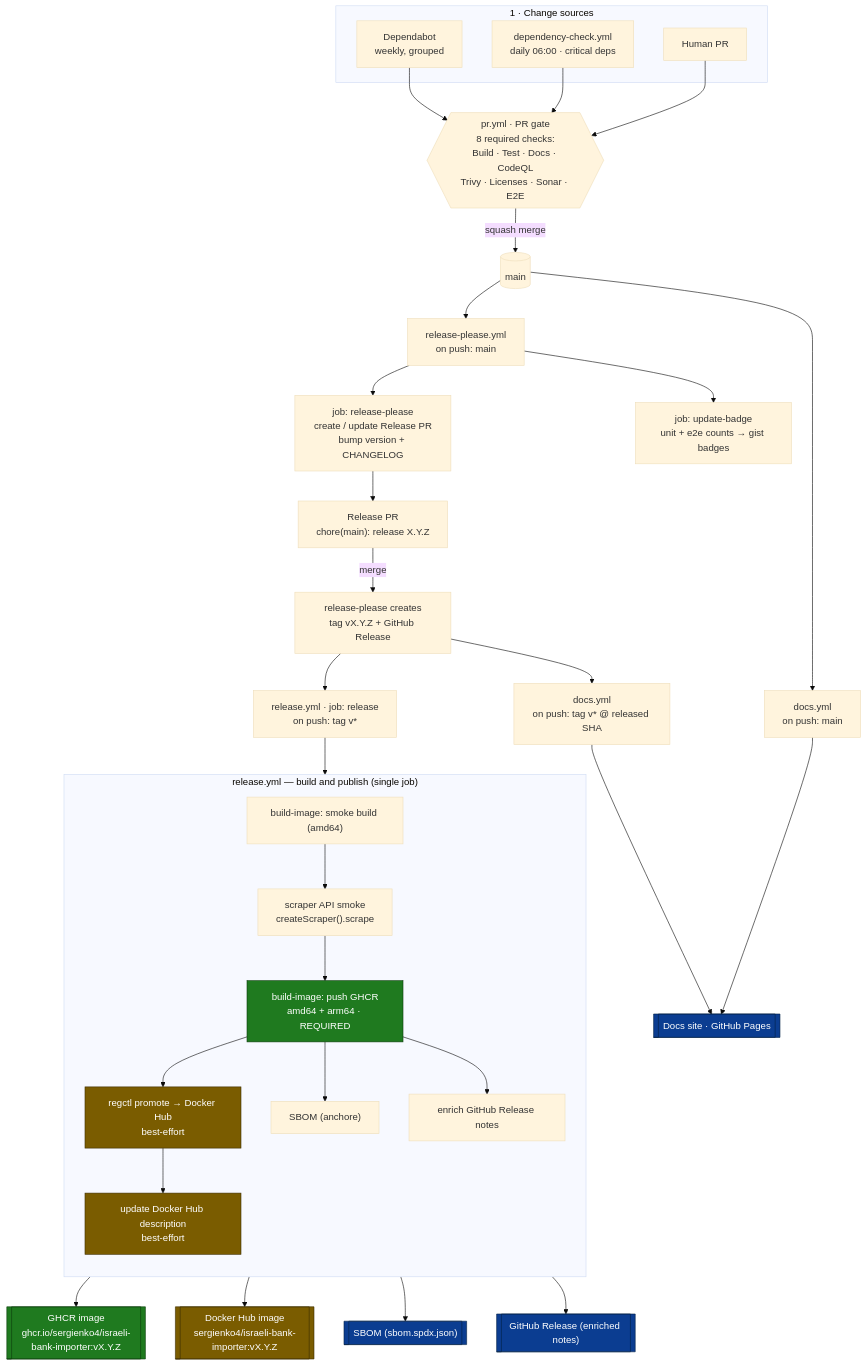
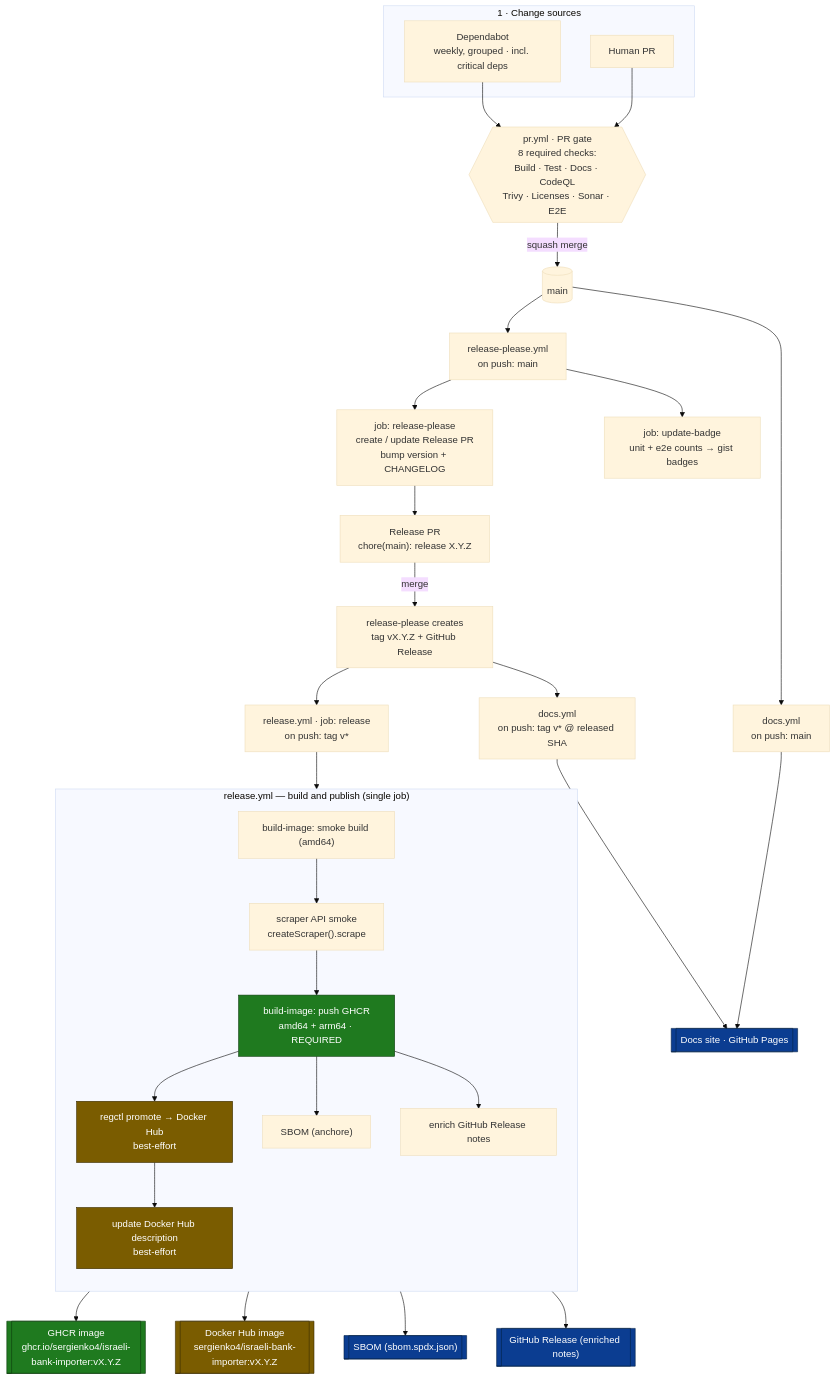
The first of 2 diagrams in docs/architecture/release-pipeline.md (sergienko4/israeli-bank-scrapers-to-actual-budget), drawn with Mermaid (base theme) before and after one commit. The commit also changed other lines of this file and 12 other files, not shown here.

First line of the commit message:
fix(deps): consolidate dependency updates (#518)

````diff
--- a/docs/architecture/release-pipeline.md
+++ b/docs/architecture/release-pipeline.md
@@ -20,56 +20,54 @@
 ```mermaid
 flowchart TD
     %% ---------- 1 · change sources ----------
     subgraph S1["1 · Change sources"]
-      DB["Dependabot<br/>weekly, grouped"]
-      DC["dependency-check.yml<br/>daily 06:00 · critical deps"]
+      DB["Dependabot<br/>weekly, grouped · incl. critical deps"]
       HUM["Human PR"]
     end
 
     %% ---------- 2 · PR gate ----------
     PR{{"pr.yml · PR gate<br/>8 required checks:<br/>Build · Test · Docs · CodeQL<br/>Trivy · Licenses · Sonar · E2E"}}
     DB --> PR
-    DC --> PR
     HUM --> PR
     PR -->|squash merge| MAIN[("main")]
 
     %% ---------- 3 · on push to main ----------
     MAIN --> RP["release-please.yml<br/>on push: main"]
     MAIN --> DOCS1["docs.yml<br/>on push: main"]
     RP --> RPJOB["job: release-please<br/>create / update Release PR<br/>bump version + CHANGELOG"]
     RP --> BADGE["job: update-badge<br/>unit + e2e counts → gist badges"]
 
     %% ---------- 4 · cut the release ----------
     RPJOB --> RELPR["Release PR<br/>chore(main): release X.Y.Z"]
     RELPR -->|merge| TAG["release-please creates<br/>tag vX.Y.Z + GitHub Release"]
 
     %% ---------- 5 · tag-triggered deploy ----------
     TAG --> REL["release.yml · job: release<br/>on push: tag v*"]
     TAG --> DOCS2["docs.yml<br/>on push: tag v* @ released SHA"]
 
     subgraph S5["release.yml — build and publish (single job)"]
       direction TB
       B1["build-image: smoke build (amd64)"] --> B2["scraper API smoke<br/>createScraper().scrape"]
       B2 --> B3["build-image: push GHCR<br/>amd64 + arm64 · REQUIRED"]
       B3 --> B4["regctl promote → Docker Hub<br/>best-effort"]
       B3 --> B5["SBOM (anchore)"]
       B3 --> B6["enrich GitHub Release notes"]
       B4 --> B7["update Docker Hub description<br/>best-effort"]
     end
     REL --> B1
 
     %% ---------- 6 · outputs ----------
     B3 --> O1[["GHCR image<br/>ghcr.io/sergienko4/israeli-bank-importer:vX.Y.Z"]]
     B4 --> O2[["Docker Hub image<br/>sergienko4/israeli-bank-importer:vX.Y.Z"]]
     B5 --> O3[["SBOM (sbom.spdx.json)"]]
     B6 --> O4[["GitHub Release (enriched notes)"]]
     DOCS1 --> O5[["Docs site · GitHub Pages"]]
     DOCS2 --> O5
 
     classDef req fill:#1f7a1f,stroke:#0d3d0d,color:#fff;
     classDef best fill:#7a5c00,stroke:#3d2e00,color:#fff;
     classDef out fill:#0b3d91,stroke:#052247,color:#fff;
     class B3,O1 req;
     class B4,B7,O2 best;
     class O3,O4,O5 out;
 ```
````
